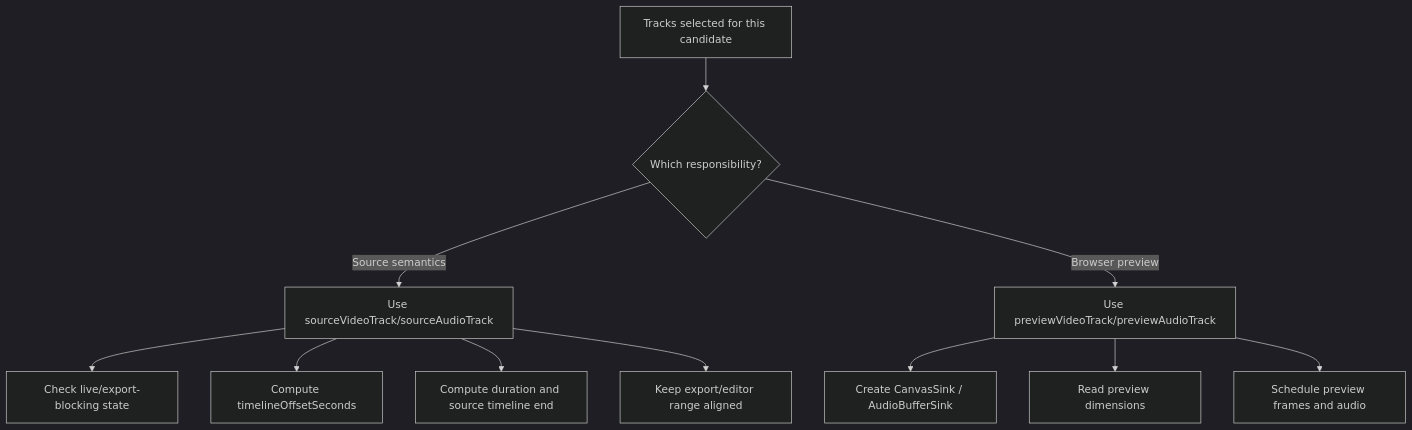
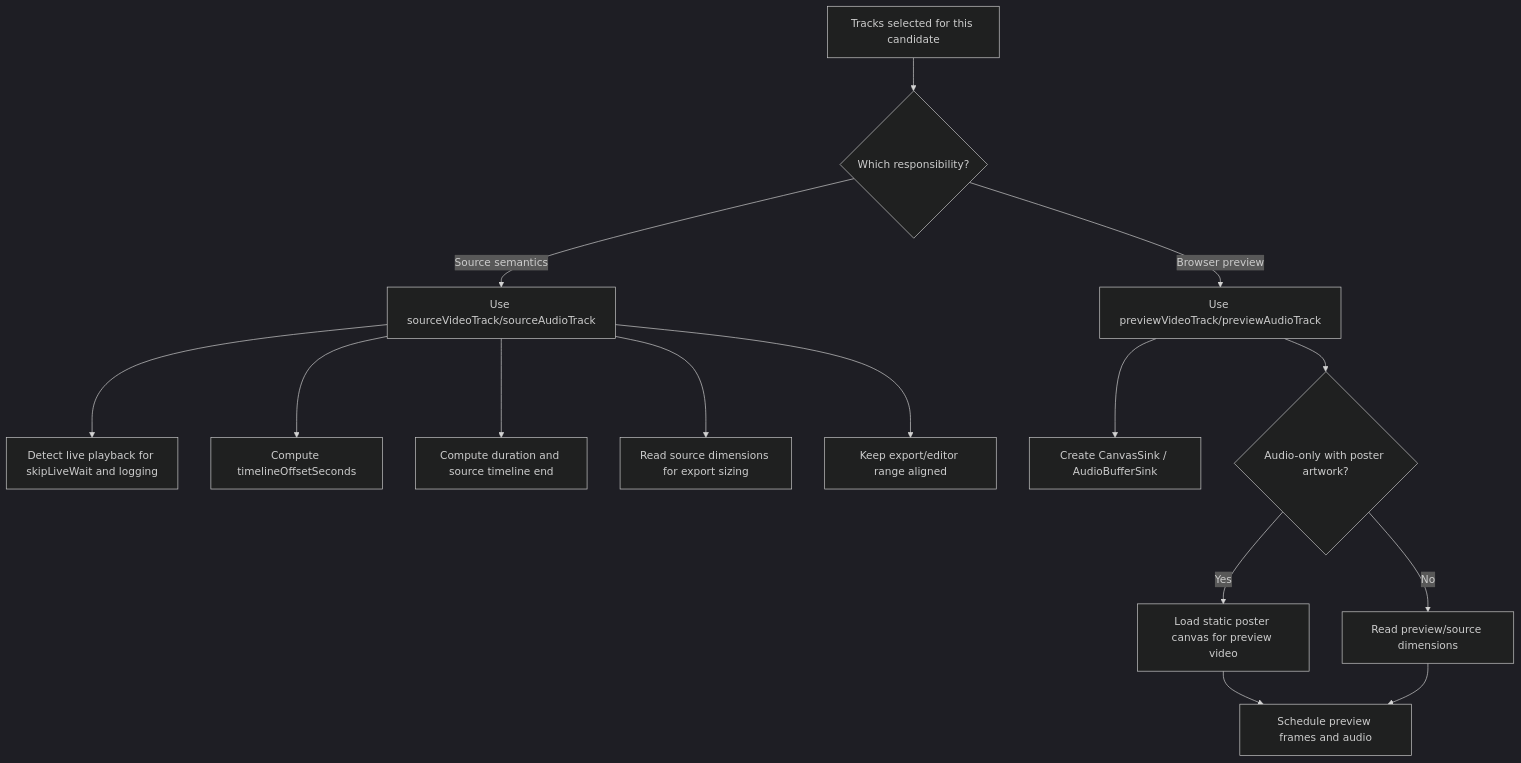
One commit to TechSquidTV/Cliparr changed the fourth of 13 diagrams in DIAGRAMS.md. Above: the diagram before and after it, drawn with Mermaid (dark theme). The commit also changed other lines of this file, not shown here.

First line of the commit message:
docs(cliparr): update workflow diagrams (#106)

````diff
--- a/DIAGRAMS.md
+++ b/DIAGRAMS.md
@@ -88,15 +116,20 @@
 ```mermaid
 flowchart TD
     A["Tracks selected for this candidate"] --> B{"Which responsibility?"}
 
     B -- "Source semantics" --> C["Use sourceVideoTrack/sourceAudioTrack"]
-    C --> D["Check live/export-blocking state"]
+    C --> D["Detect live playback for skipLiveWait and logging"]
     C --> E["Compute timelineOffsetSeconds"]
     C --> F["Compute duration and source timeline end"]
-    C --> G["Keep export/editor range aligned"]
+    C --> G["Read source dimensions for export sizing"]
 
     B -- "Browser preview" --> H["Use previewVideoTrack/previewAudioTrack"]
     H --> I["Create CanvasSink / AudioBufferSink"]
-    H --> J["Read preview dimensions"]
-    H --> K["Schedule preview frames and audio"]
+    H --> J{"Audio-only with poster artwork?"}
+    J -- "Yes" --> K["Load static poster canvas for preview video"]
+    J -- "No" --> L["Read preview/source dimensions"]
+    K --> M["Schedule preview frames and audio"]
+    L --> M
+
+    C --> N["Keep export/editor range aligned"]
 ```
````
